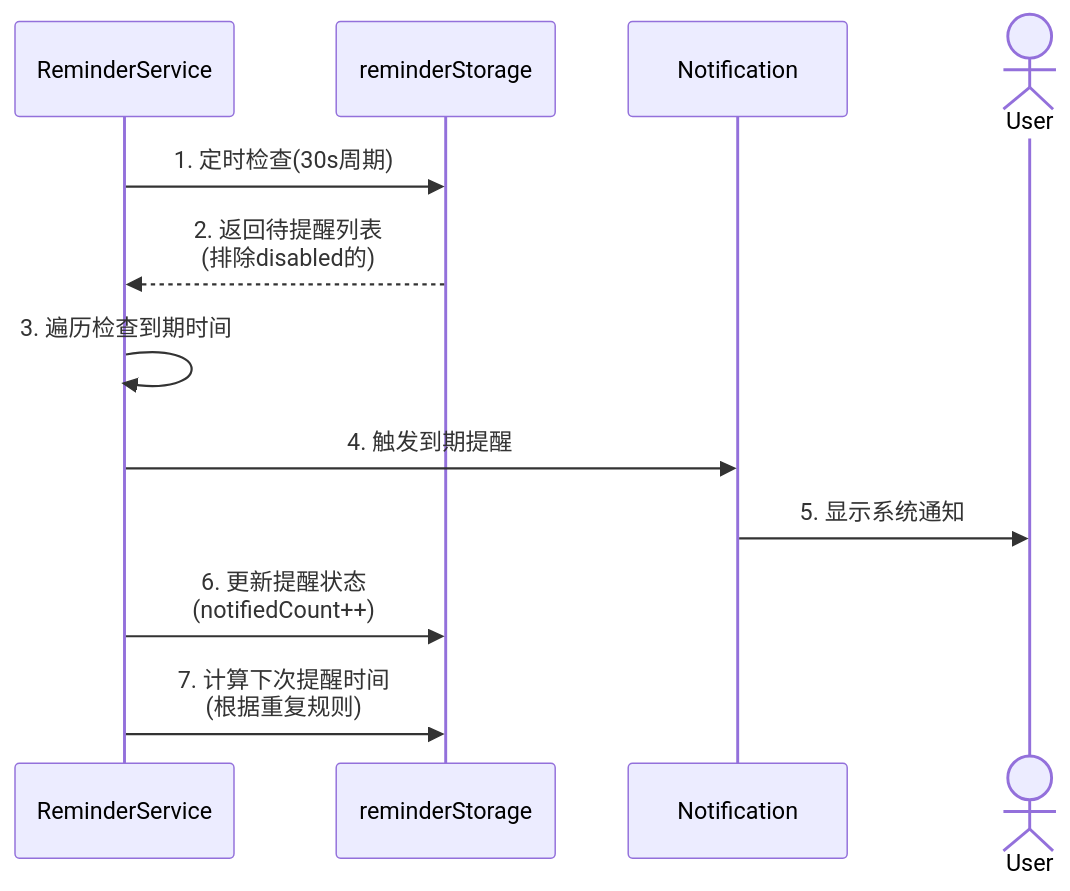
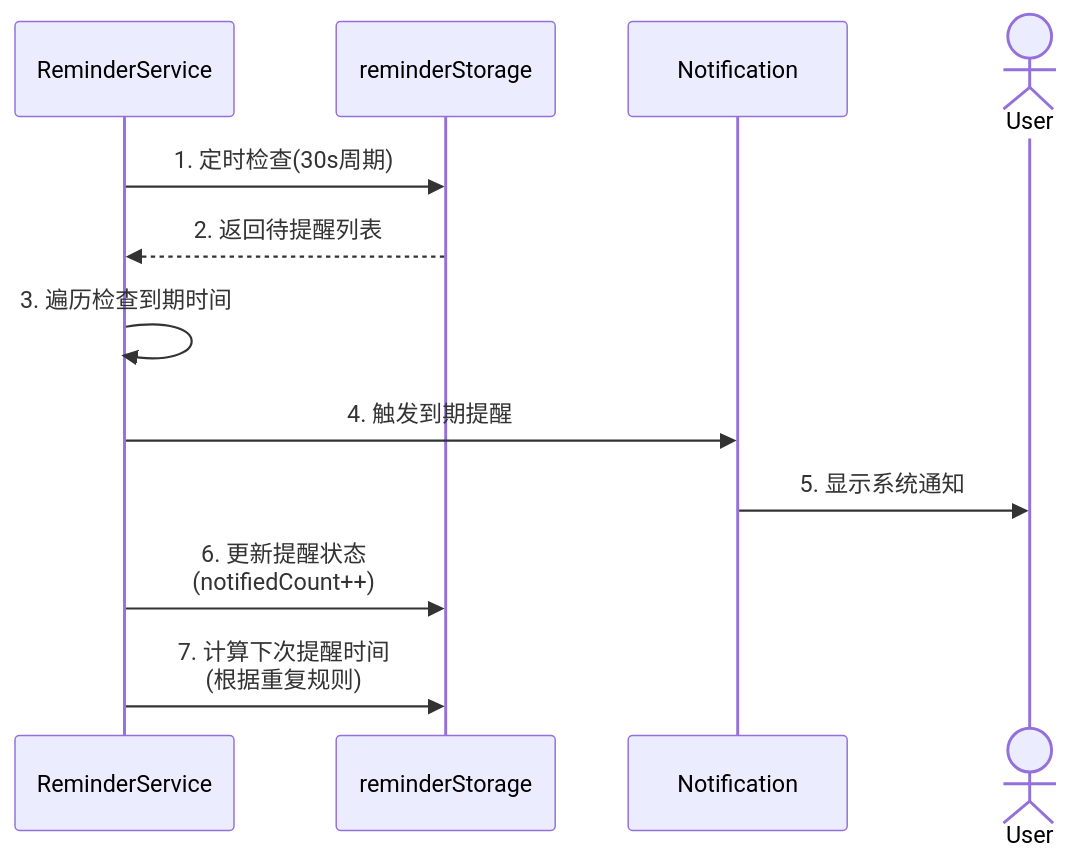
One commit to MoonBottle/siyuan-plugin-bullet-journal changed the second of 7 diagrams in docs/prd/reminder.md. Above: the diagram before and after it, drawn with Mermaid. The commit also changed other lines of this file and 2 other files, not shown here.

````diff
--- a/docs/prd/reminder.md
+++ b/docs/prd/reminder.md
@@ -163,15 +163,15 @@
 ```mermaid
 sequenceDiagram
     participant RS as ReminderService
     participant ST as reminderStorage
     participant N as Notification
     actor U as User
 
     RS->>ST: 1. 定时检查(30s周期)
-    ST-->>RS: 2. 返回待提醒列表<br/>(排除disabled的)
+    ST-->>RS: 2. 返回待提醒列表
     RS->>RS: 3. 遍历检查到期时间
     RS->>N: 4. 触发到期提醒
     N->>U: 5. 显示系统通知
     RS->>ST: 6. 更新提醒状态<br/>(notifiedCount++)
     RS->>ST: 7. 计算下次提醒时间<br/>(根据重复规则)
 ```
````
